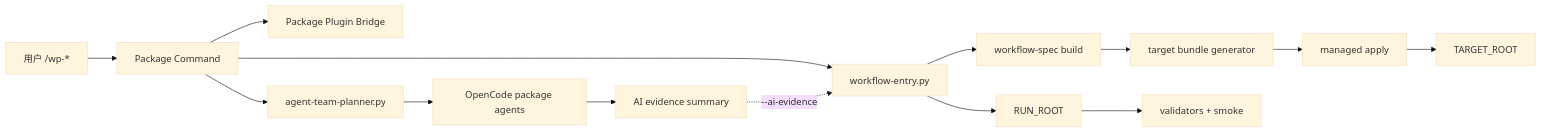
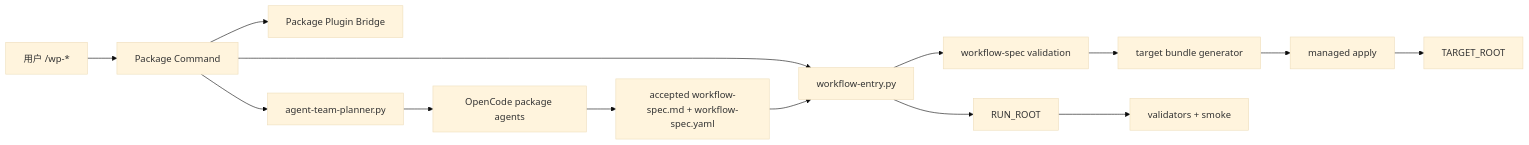
The first of 6 diagrams in design/opencode-v2-lowlevel-design.md (Logic70/workflowprogram-opencode), drawn with Mermaid (base theme) before and after one commit. The commit also changed other lines of this file and 25 other files, not shown here.

First line of the commit message:
feat: consume graph workflow specs

````diff
--- a/design/opencode-v2-lowlevel-design.md
+++ b/design/opencode-v2-lowlevel-design.md
@@ -112,16 +112,16 @@
 ```mermaid
 graph LR
     U["用户 /wp-*"] --> C["Package Command"]
     C --> P["Package Plugin Bridge"]
     C --> ATP["agent-team-planner.py"]
     ATP --> A["OpenCode package agents"]
-    A --> AE["AI evidence summary"]
+    A --> DS["accepted workflow-spec.md + workflow-spec.yaml"]
     C --> E["workflow-entry.py"]
-    AE -. "--ai-evidence" .-> E
-    E --> S["workflow-spec build"]
+    DS --> E
+    E --> S["workflow-spec validation"]
     S --> B["target bundle generator"]
     B --> M["managed apply"]
     M --> T["TARGET_ROOT"]
     E --> R["RUN_ROOT"]
     R --> V["validators + smoke"]
 ```
````
